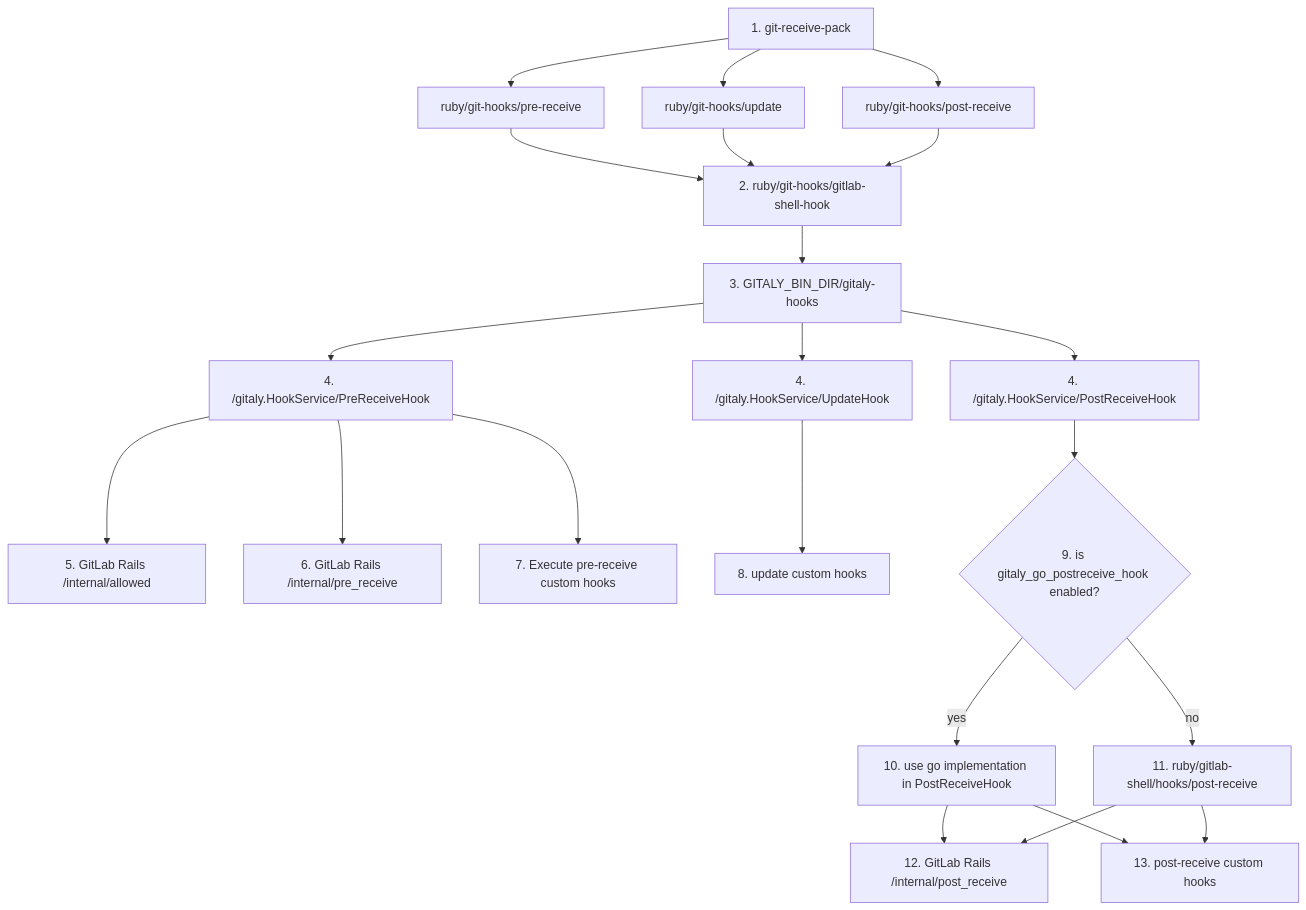
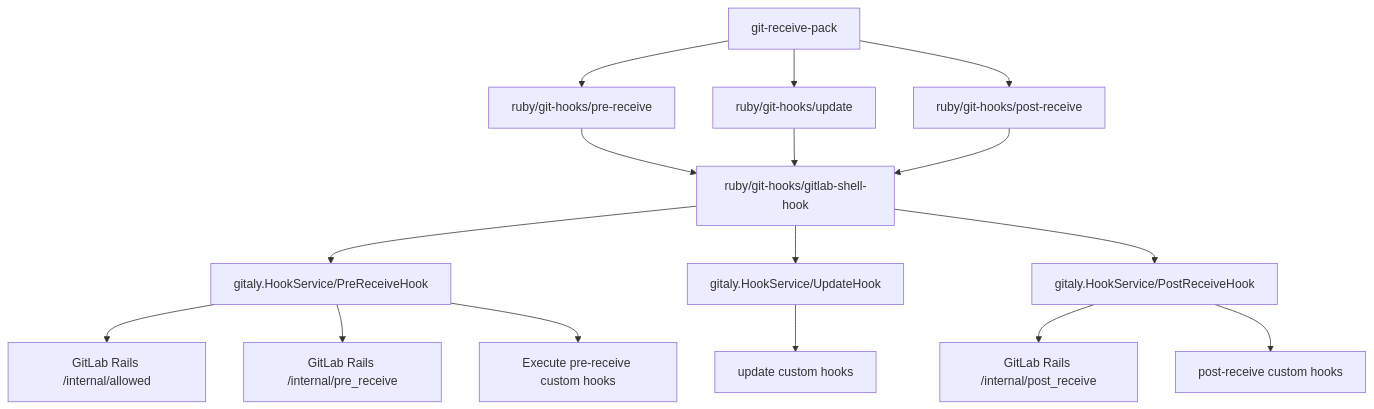
One commit to k00mi/gitaly changed the first of 2 diagrams in doc/hooks.md. Above: the diagram before and after it, drawn with Mermaid. The commit also changed other lines of this file and 1 other file, not shown here.

First line of the commit message:
docs: remove feature flag references for hooks

````diff
--- a/doc/hooks.md
+++ b/doc/hooks.md
@@ -33,24 +35,18 @@
 ```mermaid
 graph TD
-  A[1. git-receive-pack] --> B1[ruby/git-hooks/pre-receive]
+  A[git-receive-pack] --> B1[ruby/git-hooks/pre-receive]
   A --> B2[ruby/git-hooks/update]
   A --> B3[ruby/git-hooks/post-receive]
-  B1 --> C[2. ruby/git-hooks/gitlab-shell-hook]
-  B2 --> C[2. ruby/git-hooks/gitlab-shell-hook]
-  B3 --> C[2. ruby/git-hooks/gitlab-shell-hook]
-  C --> D[3. GITALY_BIN_DIR/gitaly-hooks]
-  D --> E1[4. /gitaly.HookService/PreReceiveHook]
-  D --> E2[4. /gitaly.HookService/UpdateHook]
-  D --> E3[4. /gitaly.HookService/PostReceiveHook]
-  E1 --> F1[5. GitLab Rails /internal/allowed]
-  E1 --> F2[6. GitLab Rails /internal/pre_receive]
-  E1 --> H1[7. Execute pre-receive custom hooks]
-  E2 --> F3[8. update custom hooks]
-  E3 --> F4{9. is gitaly_go_postreceive_hook enabled?}
-  F4 --> |yes| G3a[10. use go implementation in PostReceiveHook]
-  F4 --> |no| G3b[11. ruby/gitlab-shell/hooks/post-receive]
-  G3a --> I[12. GitLab Rails /internal/post_receive]
-  G3b --> I
-  G3a --> J[13. post-receive custom hooks]
-  G3b --> J
+  B1 --> C[ruby/git-hooks/gitlab-shell-hook]
+  B2 --> C[ruby/git-hooks/gitlab-shell-hook]
+  B3 --> C[ruby/git-hooks/gitlab-shell-hook]
+  C --> E1[gitaly.HookService/PreReceiveHook]
+  C --> E2[gitaly.HookService/UpdateHook]
+  C --> E3[gitaly.HookService/PostReceiveHook]
+  E1 --> F1[GitLab Rails /internal/allowed]
+  E1 --> F2[GitLab Rails /internal/pre_receive]
+  E1 --> H1[Execute pre-receive custom hooks]
+  E2 --> F3[update custom hooks]
+  E3 --> I[GitLab Rails /internal/post_receive]
+  E3 --> J[post-receive custom hooks]
 ```
````
